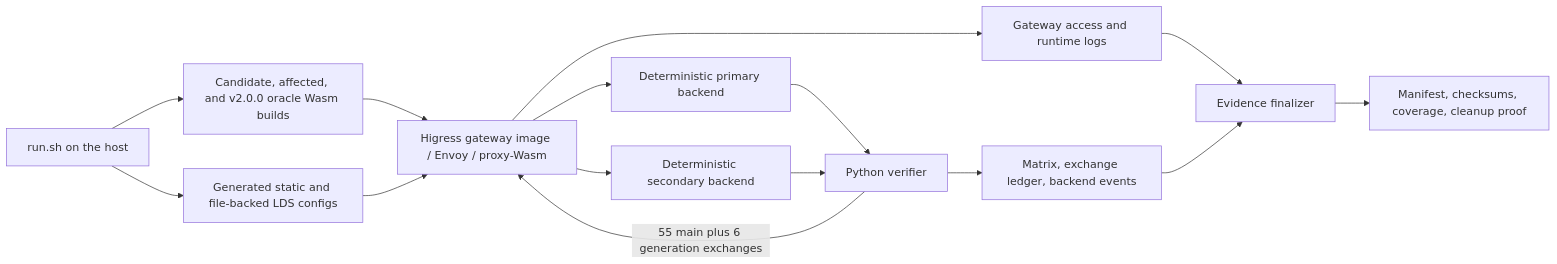
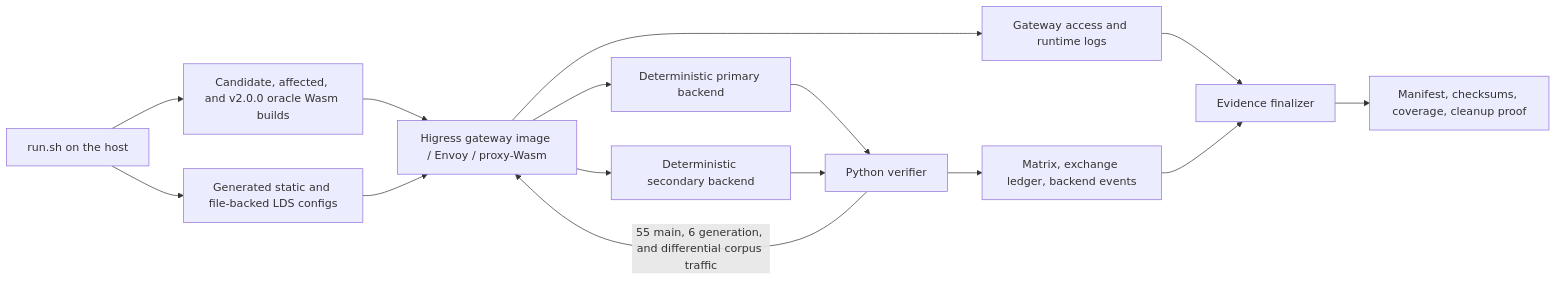
One commit to alibaba/higress changed the diagram in plugins/wasm-go/extensions/mcp-server/testdata/runtime-verification/README.md. Above: the diagram before and after it, drawn with Mermaid. The commit also changed other lines of this file and 10 other files, not shown here.

Commit message:
fix(mcp-server): complete schema compatibility review

````diff
--- a/plugins/wasm-go/extensions/mcp-server/testdata/runtime-verification/README.md
+++ b/plugins/wasm-go/extensions/mcp-server/testdata/runtime-verification/README.md
@@ -60,17 +63,17 @@
 ```mermaid
 flowchart LR
     R["run.sh on the host"] --> W["Candidate, affected, and v2.0.0 oracle Wasm builds"]
     R --> G["Generated static and file-backed LDS configs"]
     W --> E["Higress gateway image / Envoy / proxy-Wasm"]
     G --> E
-    V["Python verifier"] -->|"55 main plus 6 generation exchanges"| E
+    V["Python verifier"] -->|"55 main, 6 generation, and differential corpus traffic"| E
     E --> P["Deterministic primary backend"]
     E --> S["Deterministic secondary backend"]
     P --> V
     S --> V
     E --> L["Gateway access and runtime logs"]
     V --> M["Matrix, exchange ledger, backend events"]
     L --> F["Evidence finalizer"]
     M --> F
     F --> O["Manifest, checksums, coverage, cleanup proof"]
 ```
````
